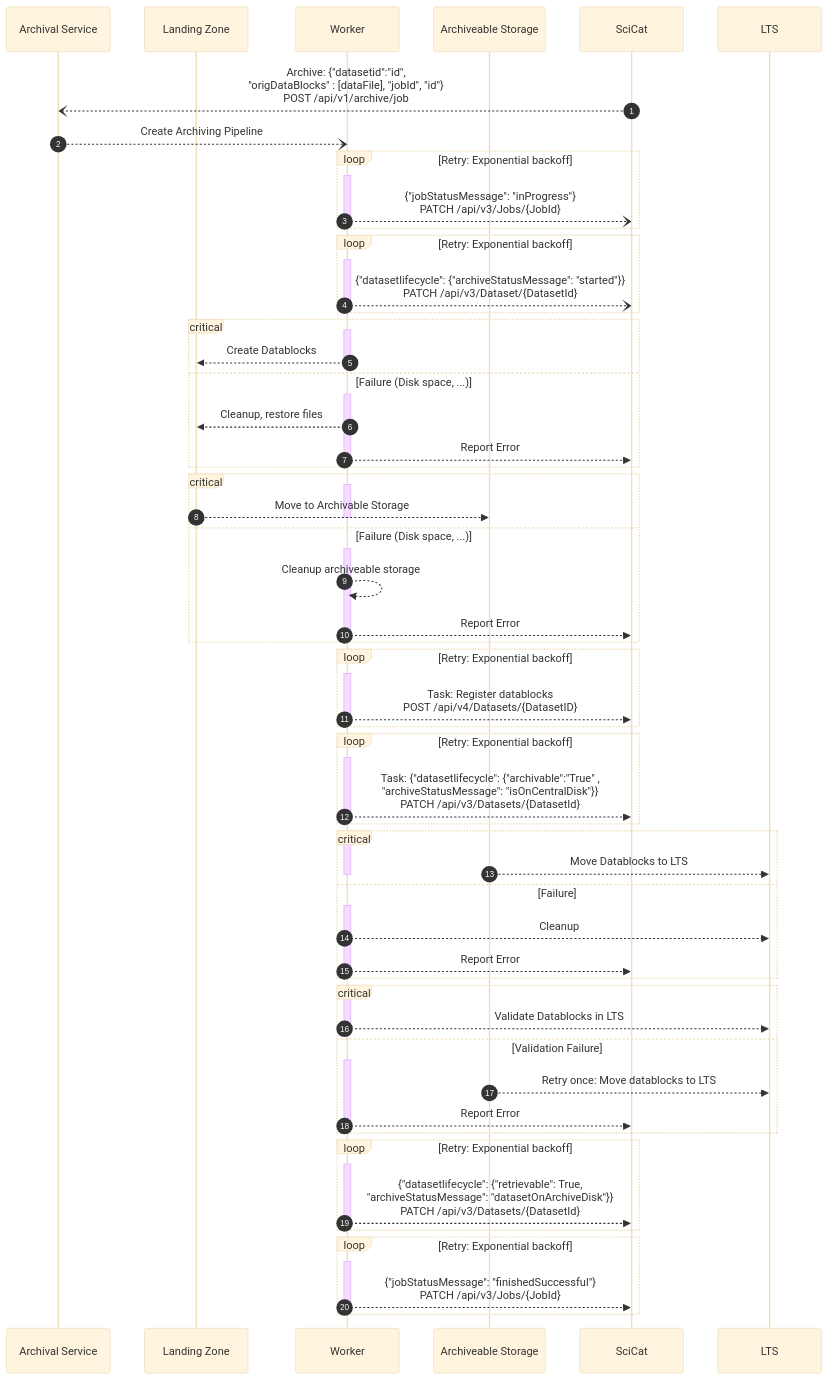
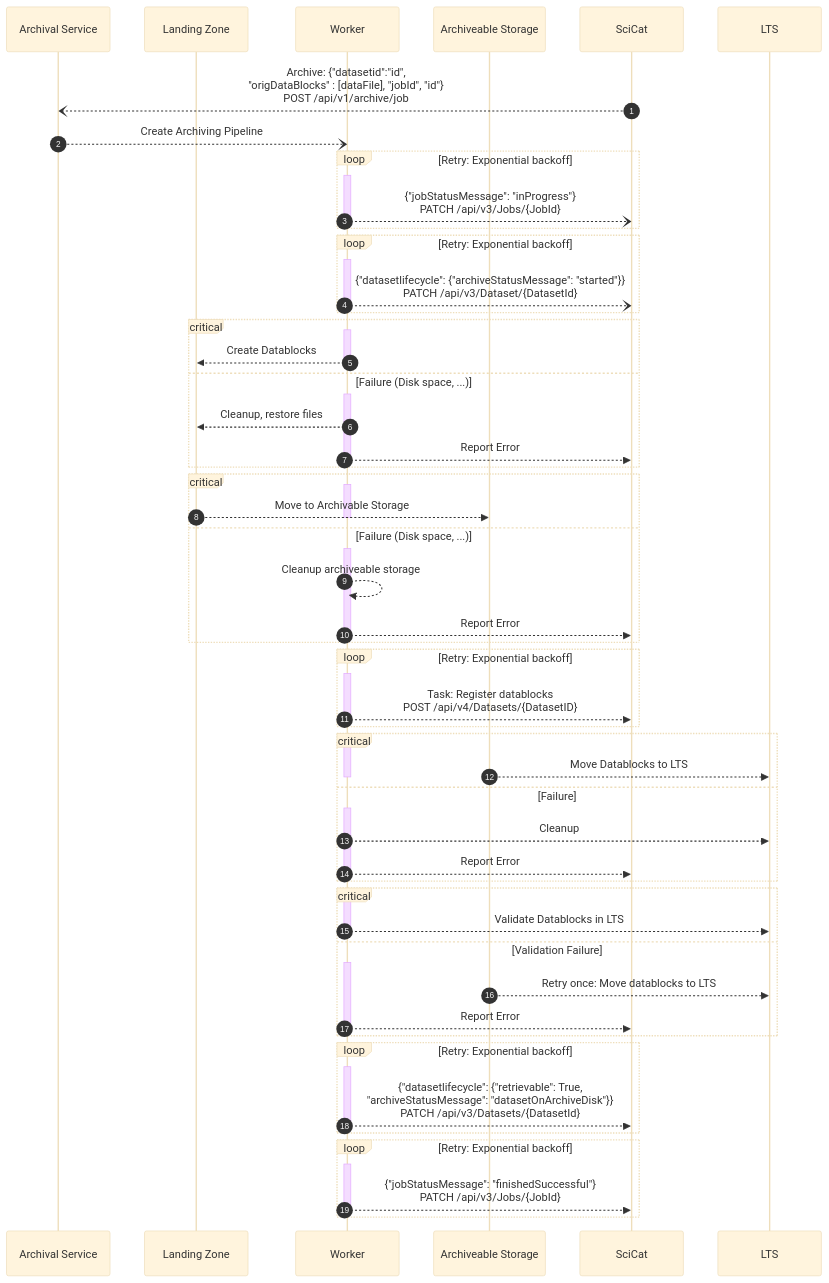
One commit to SwissOpenEM/ScopeMArchiver changed the second of 3 diagrams in backend/archiver/readMe.md. Above: the diagram before and after it, drawn with Mermaid (base theme). The commit also changed other lines of this file and 5 other files, not shown here.

Commit message:
Implement scicat api test for archiving flow

```diff
--- a/backend/archiver/readMe.md
+++ b/backend/archiver/readMe.md
@@ -91,11 +91,6 @@
     J -->> S: Task: Register datablocks <br> POST /api/v4/Datasets/{DatasetID}
     deactivate J
   end
-  loop Retry: Exponential backoff
-    activate J
-    J -->> S: Task: {"datasetlifecycle": {"archivable":"True" , <br> "archiveStatusMessage": "isOnCentralDisk"}} <br> PATCH /api/v3/Datasets/{DatasetId}
-    deactivate J
-  end 
   
   critical
     activate J
```
